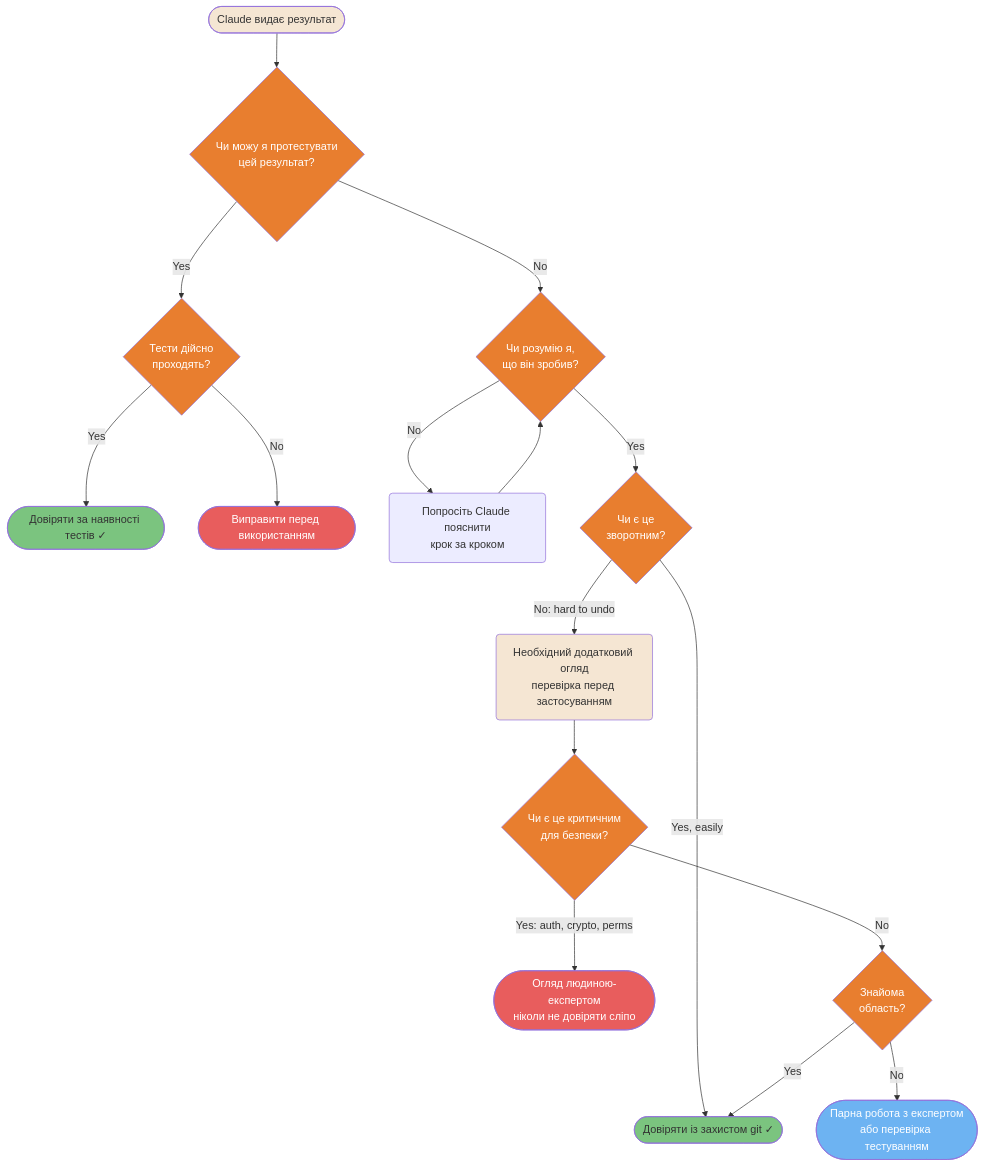
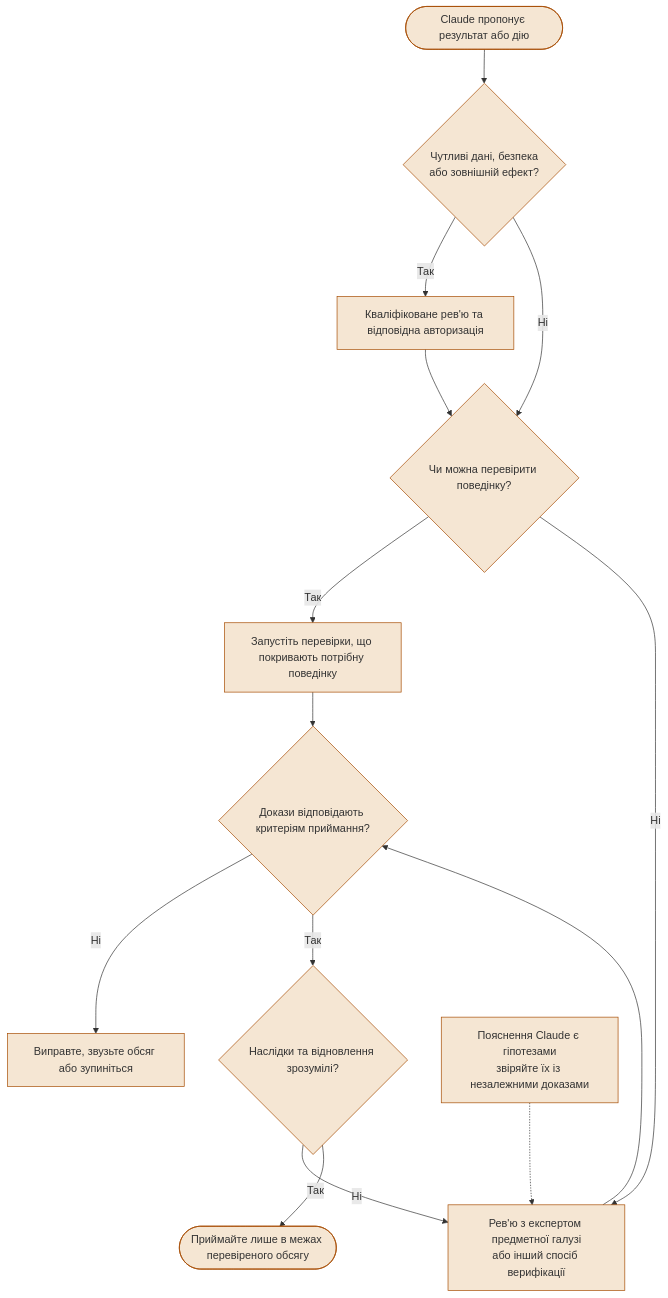
One commit to sermers-cyber/claude-code-ultimate-guide-ua changed the third of 4 diagrams in guide/diagrams/10-adoption-and-learning.uk.md. Above: the diagram before and after it, drawn with Mermaid. The commit also changed other lines of this file and 80 other files, not shown here.

````diff
--- a/guide/diagrams/10-adoption-and-learning.uk.md
+++ b/guide/diagrams/10-adoption-and-learning.uk.md
@@ -150,51 +127,30 @@
 ```mermaid
 flowchart TD
-    A([Claude видає результат]) --> B{Чи можу я протестувати<br/>цей результат?}
+    A([Claude пропонує результат або дію]) --> B{Чутливі дані, безпека<br/>або зовнішній ефект?}
+    B -->|Так| C[Кваліфіковане рев'ю та відповідна авторизація]
+    C --> D{Чи можна перевірити поведінку?}
+    B -->|Ні| D
+    D -->|Так| E[Запустіть перевірки, що покривають потрібну поведінку]
+    E --> F{Докази відповідають критеріям приймання?}
+    F -->|Ні| G[Виправте, звузьте обсяг або зупиніться]
+    F -->|Так| H{Наслідки та відновлення зрозумілі?}
+    D -->|Ні| I[Рев'ю з експертом предметної галузі<br/>або інший спосіб верифікації]
+    I --> F
+    H -->|Ні| I
+    H -->|Так| J([Приймайте лише в межах перевіреного обсягу])
+    K[Пояснення Claude є гіпотезами<br/>звіряйте їх із незалежними доказами] -.-> I
 
-    B -->|Yes| C{Тести дійсно<br/>проходять?}
-    C -->|Yes| D([Довіряти за наявності тестів ✓])
-    C -->|No| E([Виправити перед використанням])
-
-    B -->|No| F{Чи розумію я,<br/>що він зробив?}
-    F -->|No| G(Попросіть Claude пояснити<br/>крок за кроком)
-    G --> F
-
-    F -->|Yes| H{Чи є це<br/>зворотним?}
-    H -->|Yes, easily| I([Довіряти із захистом git ✓])
-    H -->|No: hard to undo| J(Необхідний додатковий огляд<br/>перевірка перед застосуванням)
-    J --> K{Чи є це критичним<br/>для безпеки?}
-
-    K -->|Yes: auth, crypto, perms| L([Огляд людиною-експертом<br/>ніколи не довіряти сліпо])
-    K -->|No| M{Знайома<br/>область?}
-    M -->|Yes| I
-    M -->|No| N([Парна робота з експертом<br/>або перевірка тестуванням])
-
-    style A fill:#F5E6D3,color:#333
-    style B fill:#E87E2F,color:#fff
-    style C fill:#E87E2F,color:#fff
-    style F fill:#E87E2F,color:#fff
-    style H fill:#E87E2F,color:#fff
-    style K fill:#E87E2F,color:#fff
-    style M fill:#E87E2F,color:#fff
-    style D fill:#7BC47F,color:#333
-    style I fill:#7BC47F,color:#333
-    style E fill:#E85D5D,color:#fff
-    style L fill:#E85D5D,color:#fff
-    style N fill:#6DB3F2,color:#fff
-    style J fill:#F5E6D3,color:#333
-
-    click A href "https://github.com/gerasimsergey/claude-code-ultimate-guide-ua/blob/main/guide/ultimate-guide.md#17-trust-calibration-when-and-how-much-to-verify" "Claude produces output"
-    click B href "https://github.com/gerasimsergey/claude-code-ultimate-guide-ua/blob/main/guide/ultimate-guide.md#17-trust-calibration-when-and-how-much-to-verify" "Can I test this output?"
-    click C href "https://github.com/gerasimsergey/claude-code-ultimate-guide-ua/blob/main/guide/ultimate-guide.md#17-trust-calibration-when-and-how-much-to-verify" "Do the tests pass?"
-    click D href "https://github.com/gerasimsergey/claude-code-ultimate-guide-ua/blob/main/guide/ultimate-guide.md#17-trust-calibration-when-and-how-much-to-verify" "Trust with test coverage"
-    click E href "https://github.com/gerasimsergey/claude-code-ultimate-guide-ua/blob/main/guide/ultimate-guide.md#17-trust-calibration-when-and-how-much-to-verify" "Fix before using"
-    click F href "https://github.com/gerasimsergey/claude-code-ultimate-guide-ua/blob/main/guide/ultimate-guide.md#17-trust-calibration-when-and-how-much-to-verify" "Do I understand what it did?"
-    click G href "https://github.com/gerasimsergey/claude-code-ultimate-guide-ua/blob/main/guide/ultimate-guide.md#17-trust-calibration-when-and-how-much-to-verify" "Ask Claude to explain"
-    click H href "https://github.com/gerasimsergey/claude-code-ultimate-guide-ua/blob/main/guide/ultimate-guide.md#17-trust-calibration-when-and-how-much-to-verify" "Is this reversible?"
-    click I href "https://github.com/gerasimsergey/claude-code-ultimate-guide-ua/blob/main/guide/ultimate-guide.md#17-trust-calibration-when-and-how-much-to-verify" "Trust with git safety net"
-    click J href "https://github.com/gerasimsergey/claude-code-ultimate-guide-ua/blob/main/guide/ultimate-guide.md#17-trust-calibration-when-and-how-much-to-verify" "Extra review required"
-    click K href "https://github.com/gerasimsergey/claude-code-ultimate-guide-ua/blob/main/guide/ultimate-guide.md#17-trust-calibration-when-and-how-much-to-verify" "Is it security-critical?"
-    click L href "https://github.com/gerasimsergey/claude-code-ultimate-guide-ua/blob/main/guide/ultimate-guide.md#17-trust-calibration-when-and-how-much-to-verify" "Human expert review"
-    click M href "https://github.com/gerasimsergey/claude-code-ultimate-guide-ua/blob/main/guide/ultimate-guide.md#17-trust-calibration-when-and-how-much-to-verify" "Familiar domain?"
-    click N href "https://github.com/gerasimsergey/claude-code-ultimate-guide-ua/blob/main/guide/ultimate-guide.md#17-trust-calibration-when-and-how-much-to-verify" "Pair with domain expert"
+    classDef diagramNode fill:#F5E6D3,color:#333,stroke:#A64B00
+    class A,B,C,D,E,F,G,H,I,J,K diagramNode
+    click A href "https://github.com/FlorianBruniaux/claude-code-ultimate-guide/blob/main/guide/ultimate-guide.md#17-trust-calibration-when-and-how-much-to-verify" "Переглянути в посібнику"
+    click B href "https://github.com/FlorianBruniaux/claude-code-ultimate-guide/blob/main/guide/ultimate-guide.md#17-trust-calibration-when-and-how-much-to-verify" "Переглянути в посібнику"
+    click C href "https://github.com/FlorianBruniaux/claude-code-ultimate-guide/blob/main/guide/ultimate-guide.md#17-trust-calibration-when-and-how-much-to-verify" "Переглянути в посібнику"
+    click D href "https://github.com/FlorianBruniaux/claude-code-ultimate-guide/blob/main/guide/ultimate-guide.md#17-trust-calibration-when-and-how-much-to-verify" "Переглянути в посібнику"
+    click E href "https://github.com/FlorianBruniaux/claude-code-ultimate-guide/blob/main/guide/ultimate-guide.md#17-trust-calibration-when-and-how-much-to-verify" "Переглянути в посібнику"
+    click F href "https://github.com/FlorianBruniaux/claude-code-ultimate-guide/blob/main/guide/ultimate-guide.md#17-trust-calibration-when-and-how-much-to-verify" "Переглянути в посібнику"
+    click G href "https://github.com/FlorianBruniaux/claude-code-ultimate-guide/blob/main/guide/ultimate-guide.md#17-trust-calibration-when-and-how-much-to-verify" "Переглянути в посібнику"
+    click H href "https://github.com/FlorianBruniaux/claude-code-ultimate-guide/blob/main/guide/ultimate-guide.md#17-trust-calibration-when-and-how-much-to-verify" "Переглянути в посібнику"
+    click I href "https://github.com/FlorianBruniaux/claude-code-ultimate-guide/blob/main/guide/ultimate-guide.md#17-trust-calibration-when-and-how-much-to-verify" "Переглянути в посібнику"
+    click J href "https://github.com/FlorianBruniaux/claude-code-ultimate-guide/blob/main/guide/ultimate-guide.md#17-trust-calibration-when-and-how-much-to-verify" "Переглянути в посібнику"
+    click K href "https://github.com/FlorianBruniaux/claude-code-ultimate-guide/blob/main/guide/ultimate-guide.md#17-trust-calibration-when-and-how-much-to-verify" "Переглянути в посібнику"
 ```
````
